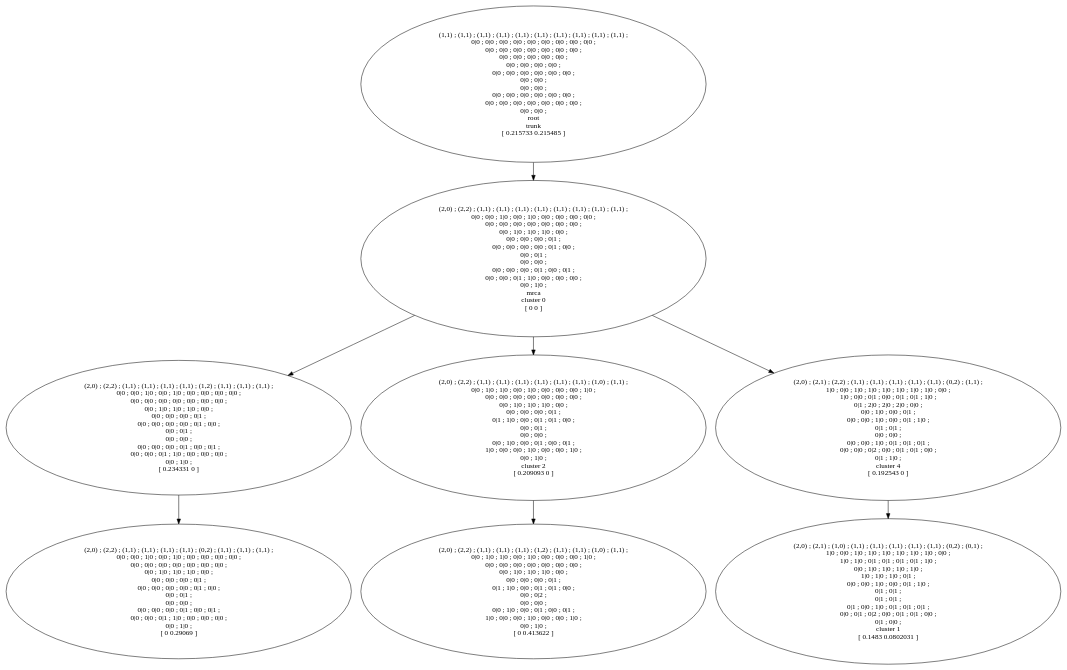
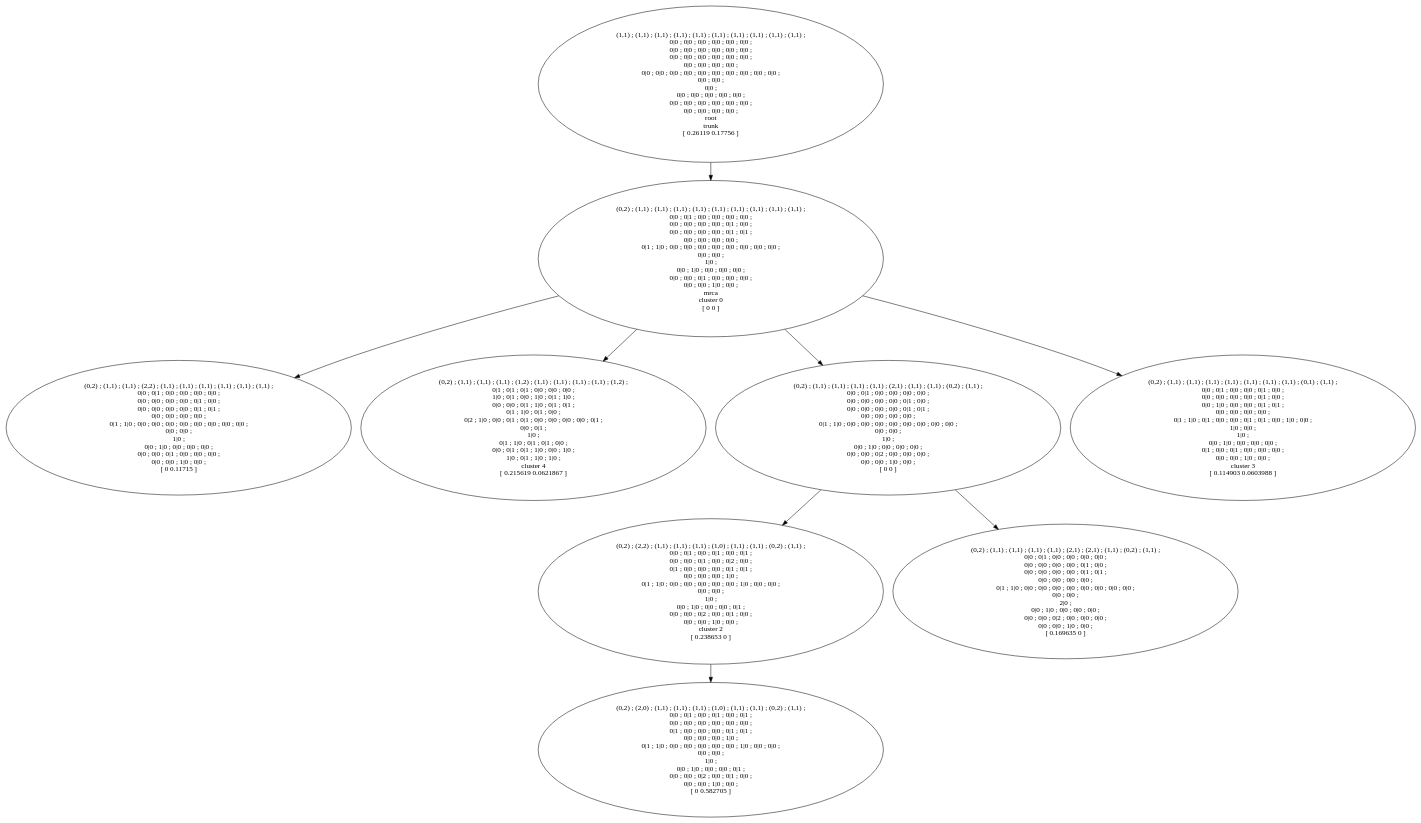
Before and after one commit to nicoledd/PACTIONproject: the diagram in data/k10_n50_s3/T.dot, drawn with Graphviz. The commit also changed 5329 other files, not shown here.

```diff
--- a/data/k10_n50_s3/T.dot
+++ b/data/k10_n50_s3/T.dot
@@ -1,17 +1,19 @@
 digraph T {
-	18 [label="(2,0) ; (2,2) ; (1,1) ; (1,1) ; (1,1) ; (1,2) ; (1,1) ; (1,1) ; (1,0) ; (1,1) ; \n0|0 ; 1|0 ; 1|0 ; 0|0 ; 1|0 ; 0|0 ; 0|0 ; 0|0 ; 1|0 ; \n0|0 ; 0|0 ; 0|0 ; 0|0 ; 0|0 ; 0|0 ; 0|0 ; \n0|0 ; 1|0 ; 1|0 ; 1|0 ; 0|0 ; \n0|0 ; 0|0 ; 0|0 ; 0|1 ; \n0|1 ; 1|0 ; 0|0 ; 0|1 ; 0|1 ; 0|0 ; \n0|0 ; 0|2 ; \n0|0 ; 0|0 ; \n0|0 ; 1|0 ; 0|0 ; 0|1 ; 0|0 ; 0|1 ; \n1|0 ; 0|0 ; 0|0 ; 1|0 ; 0|0 ; 0|0 ; 1|0 ; \n0|0 ; 1|0 ; \n[ 0 0.413622 ]"]
-	17 [label="(2,0) ; (2,2) ; (1,1) ; (1,1) ; (1,1) ; (1,1) ; (1,2) ; (1,1) ; (1,1) ; (1,1) ; \n0|0 ; 0|0 ; 1|0 ; 0|0 ; 1|0 ; 0|0 ; 0|0 ; 0|0 ; 0|0 ; \n0|0 ; 0|0 ; 0|0 ; 0|0 ; 0|0 ; 0|0 ; 0|0 ; \n0|0 ; 1|0 ; 1|0 ; 1|0 ; 0|0 ; \n0|0 ; 0|0 ; 0|0 ; 0|1 ; \n0|0 ; 0|0 ; 0|0 ; 0|0 ; 0|1 ; 0|0 ; \n0|0 ; 0|1 ; \n0|0 ; 0|0 ; \n0|0 ; 0|0 ; 0|0 ; 0|1 ; 0|0 ; 0|1 ; \n0|0 ; 0|0 ; 0|1 ; 1|0 ; 0|0 ; 0|0 ; 0|0 ; \n0|0 ; 1|0 ; \n[ 0.234331 0 ]"]
-	15 [label="(2,0) ; (2,2) ; (1,1) ; (1,1) ; (1,1) ; (1,1) ; (1,1) ; (1,1) ; (1,1) ; (1,1) ; \n0|0 ; 0|0 ; 1|0 ; 0|0 ; 1|0 ; 0|0 ; 0|0 ; 0|0 ; 0|0 ; \n0|0 ; 0|0 ; 0|0 ; 0|0 ; 0|0 ; 0|0 ; 0|0 ; \n0|0 ; 1|0 ; 1|0 ; 1|0 ; 0|0 ; \n0|0 ; 0|0 ; 0|0 ; 0|1 ; \n0|0 ; 0|0 ; 0|0 ; 0|0 ; 0|1 ; 0|0 ; \n0|0 ; 0|1 ; \n0|0 ; 0|0 ; \n0|0 ; 0|0 ; 0|0 ; 0|1 ; 0|0 ; 0|1 ; \n0|0 ; 0|0 ; 0|1 ; 1|0 ; 0|0 ; 0|0 ; 0|0 ; \n0|0 ; 1|0 ; \nmrca\ncluster 0\n[ 0 0 ]"]
-	13 [label="(2,0) ; (2,2) ; (1,1) ; (1,1) ; (1,1) ; (1,1) ; (1,1) ; (1,1) ; (1,0) ; (1,1) ; \n0|0 ; 1|0 ; 1|0 ; 0|0 ; 1|0 ; 0|0 ; 0|0 ; 0|0 ; 1|0 ; \n0|0 ; 0|0 ; 0|0 ; 0|0 ; 0|0 ; 0|0 ; 0|0 ; \n0|0 ; 1|0 ; 1|0 ; 1|0 ; 0|0 ; \n0|0 ; 0|0 ; 0|0 ; 0|1 ; \n0|1 ; 1|0 ; 0|0 ; 0|1 ; 0|1 ; 0|0 ; \n0|0 ; 0|1 ; \n0|0 ; 0|0 ; \n0|0 ; 1|0 ; 0|0 ; 0|1 ; 0|0 ; 0|1 ; \n1|0 ; 0|0 ; 0|0 ; 1|0 ; 0|0 ; 0|0 ; 1|0 ; \n0|0 ; 1|0 ; \ncluster 2\n[ 0.209093 0 ]"]
-	11 [label="(2,0) ; (2,2) ; (1,1) ; (1,1) ; (1,1) ; (1,1) ; (0,2) ; (1,1) ; (1,1) ; (1,1) ; \n0|0 ; 0|0 ; 1|0 ; 0|0 ; 1|0 ; 0|0 ; 0|0 ; 0|0 ; 0|0 ; \n0|0 ; 0|0 ; 0|0 ; 0|0 ; 0|0 ; 0|0 ; 0|0 ; \n0|0 ; 1|0 ; 1|0 ; 1|0 ; 0|0 ; \n0|0 ; 0|0 ; 0|0 ; 0|1 ; \n0|0 ; 0|0 ; 0|0 ; 0|0 ; 0|1 ; 0|0 ; \n0|0 ; 0|1 ; \n0|0 ; 0|0 ; \n0|0 ; 0|0 ; 0|0 ; 0|1 ; 0|0 ; 0|1 ; \n0|0 ; 0|0 ; 0|1 ; 1|0 ; 0|0 ; 0|0 ; 0|0 ; \n0|0 ; 1|0 ; \n[ 0 0.29069 ]"]
-	9 [label="(2,0) ; (2,1) ; (2,2) ; (1,1) ; (1,1) ; (1,1) ; (1,1) ; (1,1) ; (0,2) ; (1,1) ; \n1|0 ; 0|0 ; 1|0 ; 1|0 ; 1|0 ; 1|0 ; 1|0 ; 1|0 ; 0|0 ; \n1|0 ; 0|0 ; 0|1 ; 0|0 ; 0|1 ; 0|1 ; 1|0 ; \n0|1 ; 2|0 ; 2|0 ; 2|0 ; 0|0 ; \n0|0 ; 1|0 ; 0|0 ; 0|1 ; \n0|0 ; 0|0 ; 1|0 ; 0|0 ; 0|1 ; 1|0 ; \n0|1 ; 0|1 ; \n0|0 ; 0|0 ; \n0|0 ; 0|0 ; 1|0 ; 0|1 ; 0|1 ; 0|1 ; \n0|0 ; 0|0 ; 0|2 ; 0|0 ; 0|1 ; 0|1 ; 0|0 ; \n0|1 ; 1|0 ; \ncluster 4\n[ 0.192543 0 ]"]
-	2 [label="(2,0) ; (2,1) ; (1,0) ; (1,1) ; (1,1) ; (1,1) ; (1,1) ; (1,1) ; (0,2) ; (0,1) ; \n1|0 ; 0|0 ; 1|0 ; 1|0 ; 1|0 ; 1|0 ; 1|0 ; 1|0 ; 0|0 ; \n1|0 ; 1|0 ; 0|1 ; 0|1 ; 0|1 ; 0|1 ; 1|0 ; \n0|0 ; 1|0 ; 1|0 ; 1|0 ; 1|0 ; \n1|0 ; 1|0 ; 1|0 ; 0|1 ; \n0|0 ; 0|0 ; 1|0 ; 0|0 ; 0|1 ; 1|0 ; \n0|1 ; 0|1 ; \n0|1 ; 0|1 ; \n0|1 ; 0|0 ; 1|0 ; 0|1 ; 0|1 ; 0|1 ; \n0|0 ; 0|1 ; 0|2 ; 0|0 ; 0|1 ; 0|1 ; 0|0 ; \n0|1 ; 0|0 ; \ncluster 1\n[ 0.1483 0.0802031 ]"]
-	0 [label="(1,1) ; (1,1) ; (1,1) ; (1,1) ; (1,1) ; (1,1) ; (1,1) ; (1,1) ; (1,1) ; (1,1) ; \n0|0 ; 0|0 ; 0|0 ; 0|0 ; 0|0 ; 0|0 ; 0|0 ; 0|0 ; 0|0 ; \n0|0 ; 0|0 ; 0|0 ; 0|0 ; 0|0 ; 0|0 ; 0|0 ; \n0|0 ; 0|0 ; 0|0 ; 0|0 ; 0|0 ; \n0|0 ; 0|0 ; 0|0 ; 0|0 ; \n0|0 ; 0|0 ; 0|0 ; 0|0 ; 0|0 ; 0|0 ; \n0|0 ; 0|0 ; \n0|0 ; 0|0 ; \n0|0 ; 0|0 ; 0|0 ; 0|0 ; 0|0 ; 0|0 ; \n0|0 ; 0|0 ; 0|0 ; 0|0 ; 0|0 ; 0|0 ; 0|0 ; \n0|0 ; 0|0 ; \nroot\ntrunk\n[ 0.215733 0.215485 ]"]
-17 -> 11
-15 -> 9
-15 -> 13
-15 -> 17
-13 -> 18
-9 -> 2
-0 -> 15
+	19 [label="(1,1) ; (1,1) ; (1,1) ; (1,1) ; (1,1) ; (1,1) ; (1,1) ; (1,1) ; (1,1) ; (1,1) ; \n0|0 ; 0|0 ; 0|0 ; 0|0 ; 0|0 ; 0|0 ; \n0|0 ; 0|0 ; 0|0 ; 0|0 ; 0|0 ; 0|0 ; \n0|0 ; 0|0 ; 0|0 ; 0|0 ; 0|0 ; 0|0 ; \n0|0 ; 0|0 ; 0|0 ; 0|0 ; \n0|0 ; 0|0 ; 0|0 ; 0|0 ; 0|0 ; 0|0 ; 0|0 ; 0|0 ; 0|0 ; 0|0 ; \n0|0 ; 0|0 ; \n0|0 ; \n0|0 ; 0|0 ; 0|0 ; 0|0 ; 0|0 ; \n0|0 ; 0|0 ; 0|0 ; 0|0 ; 0|0 ; 0|0 ; \n0|0 ; 0|0 ; 0|0 ; 0|0 ; \nroot\ntrunk\n[ 0.26119 0.17756 ]"]
+	18 [label="(0,2) ; (2,2) ; (1,1) ; (1,1) ; (1,1) ; (1,0) ; (1,1) ; (1,1) ; (0,2) ; (1,1) ; \n0|0 ; 0|1 ; 0|0 ; 0|1 ; 0|0 ; 0|1 ; \n0|0 ; 0|0 ; 0|1 ; 0|0 ; 0|2 ; 0|0 ; \n0|1 ; 0|0 ; 0|0 ; 0|0 ; 0|1 ; 0|1 ; \n0|0 ; 0|0 ; 0|0 ; 1|0 ; \n0|1 ; 1|0 ; 0|0 ; 0|0 ; 0|0 ; 0|0 ; 0|0 ; 1|0 ; 0|0 ; 0|0 ; \n0|0 ; 0|0 ; \n1|0 ; \n0|0 ; 1|0 ; 0|0 ; 0|0 ; 0|1 ; \n0|0 ; 0|0 ; 0|2 ; 0|0 ; 0|1 ; 0|0 ; \n0|0 ; 0|0 ; 1|0 ; 0|0 ; \ncluster 2\n[ 0.238653 0 ]"]
+	17 [label="(0,2) ; (2,0) ; (1,1) ; (1,1) ; (1,1) ; (1,0) ; (1,1) ; (1,1) ; (0,2) ; (1,1) ; \n0|0 ; 0|1 ; 0|0 ; 0|1 ; 0|0 ; 0|1 ; \n0|0 ; 0|0 ; 0|0 ; 0|0 ; 0|0 ; 0|0 ; \n0|1 ; 0|0 ; 0|0 ; 0|0 ; 0|1 ; 0|1 ; \n0|0 ; 0|0 ; 0|0 ; 1|0 ; \n0|1 ; 1|0 ; 0|0 ; 0|0 ; 0|0 ; 0|0 ; 0|0 ; 1|0 ; 0|0 ; 0|0 ; \n0|0 ; 0|0 ; \n1|0 ; \n0|0 ; 1|0 ; 0|0 ; 0|0 ; 0|1 ; \n0|0 ; 0|0 ; 0|2 ; 0|0 ; 0|1 ; 0|0 ; \n0|0 ; 0|0 ; 1|0 ; 0|0 ; \n[ 0 0.582705 ]"]
+	16 [label="(0,2) ; (1,1) ; (1,1) ; (2,2) ; (1,1) ; (1,1) ; (1,1) ; (1,1) ; (1,1) ; (1,1) ; \n0|0 ; 0|1 ; 0|0 ; 0|0 ; 0|0 ; 0|0 ; \n0|0 ; 0|0 ; 0|0 ; 0|0 ; 0|1 ; 0|0 ; \n0|0 ; 0|0 ; 0|0 ; 0|0 ; 0|1 ; 0|1 ; \n0|0 ; 0|0 ; 0|0 ; 0|0 ; \n0|1 ; 1|0 ; 0|0 ; 0|0 ; 0|0 ; 0|0 ; 0|0 ; 0|0 ; 0|0 ; 0|0 ; \n0|0 ; 0|0 ; \n1|0 ; \n0|0 ; 1|0 ; 0|0 ; 0|0 ; 0|0 ; \n0|0 ; 0|0 ; 0|1 ; 0|0 ; 0|0 ; 0|0 ; \n0|0 ; 0|0 ; 1|0 ; 0|0 ; \n[ 0 0.11715 ]"]
+	12 [label="(0,2) ; (1,1) ; (1,1) ; (1,1) ; (1,2) ; (1,1) ; (1,1) ; (1,1) ; (1,1) ; (1,2) ; \n0|1 ; 0|1 ; 0|1 ; 0|0 ; 0|0 ; 0|0 ; \n1|0 ; 0|1 ; 0|0 ; 1|0 ; 0|1 ; 1|0 ; \n0|0 ; 0|0 ; 0|1 ; 1|0 ; 0|1 ; 0|1 ; \n0|1 ; 1|0 ; 0|1 ; 0|0 ; \n0|2 ; 1|0 ; 0|0 ; 0|1 ; 0|1 ; 0|0 ; 0|0 ; 0|0 ; 0|0 ; 0|1 ; \n0|0 ; 0|1 ; \n1|0 ; \n0|1 ; 1|0 ; 0|1 ; 0|1 ; 0|0 ; \n0|0 ; 0|1 ; 0|1 ; 1|0 ; 0|0 ; 1|0 ; \n1|0 ; 0|1 ; 1|0 ; 1|0 ; \ncluster 4\n[ 0.215619 0.0621867 ]"]
+	11 [label="(0,2) ; (1,1) ; (1,1) ; (1,1) ; (1,1) ; (2,1) ; (2,1) ; (1,1) ; (0,2) ; (1,1) ; \n0|0 ; 0|1 ; 0|0 ; 0|0 ; 0|0 ; 0|0 ; \n0|0 ; 0|0 ; 0|0 ; 0|0 ; 0|1 ; 0|0 ; \n0|0 ; 0|0 ; 0|0 ; 0|0 ; 0|1 ; 0|1 ; \n0|0 ; 0|0 ; 0|0 ; 0|0 ; \n0|1 ; 1|0 ; 0|0 ; 0|0 ; 0|0 ; 0|0 ; 0|0 ; 0|0 ; 0|0 ; 0|0 ; \n0|0 ; 0|0 ; \n2|0 ; \n0|0 ; 1|0 ; 0|0 ; 0|0 ; 0|0 ; \n0|0 ; 0|0 ; 0|2 ; 0|0 ; 0|0 ; 0|0 ; \n0|0 ; 0|0 ; 1|0 ; 0|0 ; \n[ 0.169635 0 ]"]
+	9 [label="(0,2) ; (1,1) ; (1,1) ; (1,1) ; (1,1) ; (2,1) ; (1,1) ; (1,1) ; (0,2) ; (1,1) ; \n0|0 ; 0|1 ; 0|0 ; 0|0 ; 0|0 ; 0|0 ; \n0|0 ; 0|0 ; 0|0 ; 0|0 ; 0|1 ; 0|0 ; \n0|0 ; 0|0 ; 0|0 ; 0|0 ; 0|1 ; 0|1 ; \n0|0 ; 0|0 ; 0|0 ; 0|0 ; \n0|1 ; 1|0 ; 0|0 ; 0|0 ; 0|0 ; 0|0 ; 0|0 ; 0|0 ; 0|0 ; 0|0 ; \n0|0 ; 0|0 ; \n1|0 ; \n0|0 ; 1|0 ; 0|0 ; 0|0 ; 0|0 ; \n0|0 ; 0|0 ; 0|2 ; 0|0 ; 0|0 ; 0|0 ; \n0|0 ; 0|0 ; 1|0 ; 0|0 ; \n[ 0 0 ]"]
+	6 [label="(0,2) ; (1,1) ; (1,1) ; (1,1) ; (1,1) ; (1,1) ; (1,1) ; (1,1) ; (1,1) ; (1,1) ; \n0|0 ; 0|1 ; 0|0 ; 0|0 ; 0|0 ; 0|0 ; \n0|0 ; 0|0 ; 0|0 ; 0|0 ; 0|1 ; 0|0 ; \n0|0 ; 0|0 ; 0|0 ; 0|0 ; 0|1 ; 0|1 ; \n0|0 ; 0|0 ; 0|0 ; 0|0 ; \n0|1 ; 1|0 ; 0|0 ; 0|0 ; 0|0 ; 0|0 ; 0|0 ; 0|0 ; 0|0 ; 0|0 ; \n0|0 ; 0|0 ; \n1|0 ; \n0|0 ; 1|0 ; 0|0 ; 0|0 ; 0|0 ; \n0|0 ; 0|0 ; 0|1 ; 0|0 ; 0|0 ; 0|0 ; \n0|0 ; 0|0 ; 1|0 ; 0|0 ; \nmrca\ncluster 0\n[ 0 0 ]"]
+	3 [label="(0,2) ; (1,1) ; (1,1) ; (1,1) ; (1,1) ; (1,1) ; (1,1) ; (1,1) ; (0,1) ; (1,1) ; \n0|0 ; 0|1 ; 0|0 ; 0|0 ; 0|1 ; 0|0 ; \n0|0 ; 0|0 ; 0|0 ; 0|0 ; 0|1 ; 0|0 ; \n0|0 ; 1|0 ; 0|0 ; 0|0 ; 0|1 ; 0|1 ; \n0|0 ; 0|0 ; 0|0 ; 0|0 ; \n0|1 ; 1|0 ; 0|1 ; 0|0 ; 0|0 ; 0|1 ; 0|1 ; 0|0 ; 1|0 ; 0|0 ; \n1|0 ; 0|0 ; \n1|0 ; \n0|0 ; 1|0 ; 0|0 ; 0|0 ; 0|0 ; \n0|1 ; 0|0 ; 0|1 ; 0|0 ; 0|0 ; 0|0 ; \n0|0 ; 0|0 ; 1|0 ; 0|0 ; \ncluster 3\n[ 0.114903 0.0603988 ]"]
+19 -> 6
+18 -> 17
+9 -> 18
+9 -> 11
+6 -> 12
+6 -> 9
+6 -> 3
+6 -> 16
 }
```
